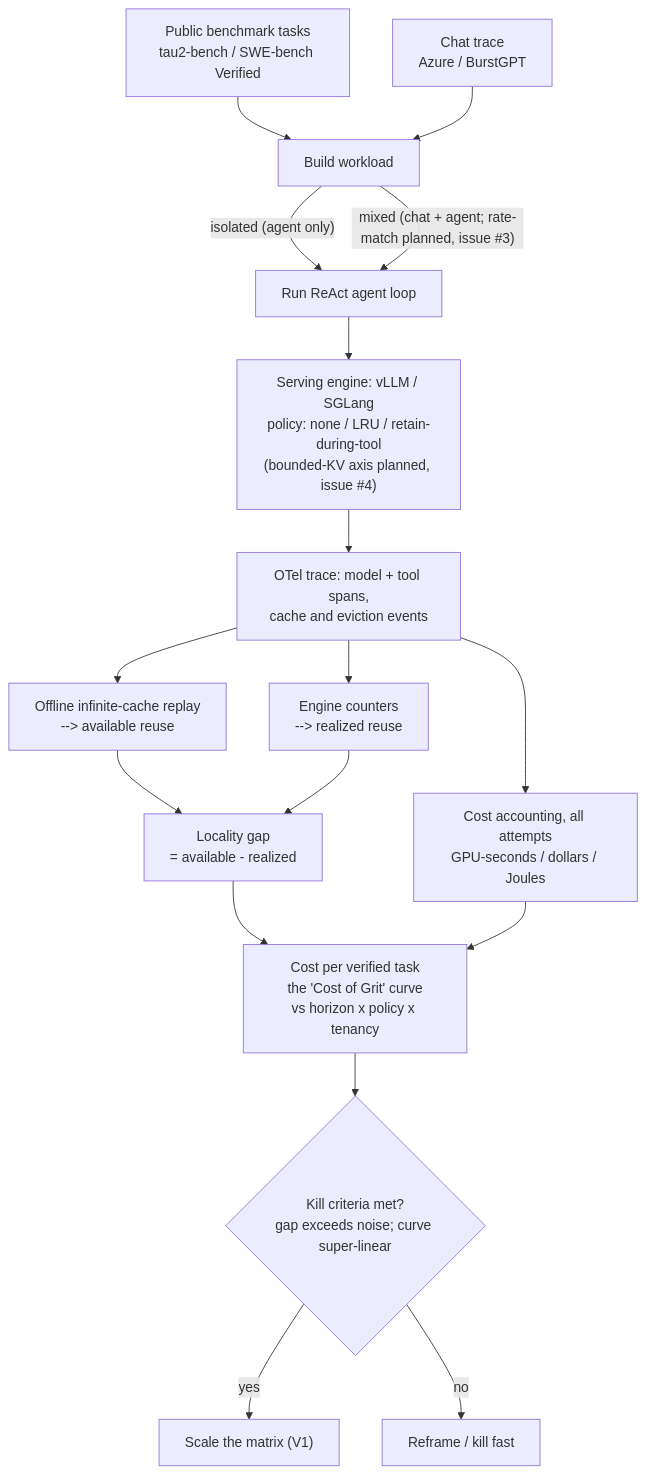
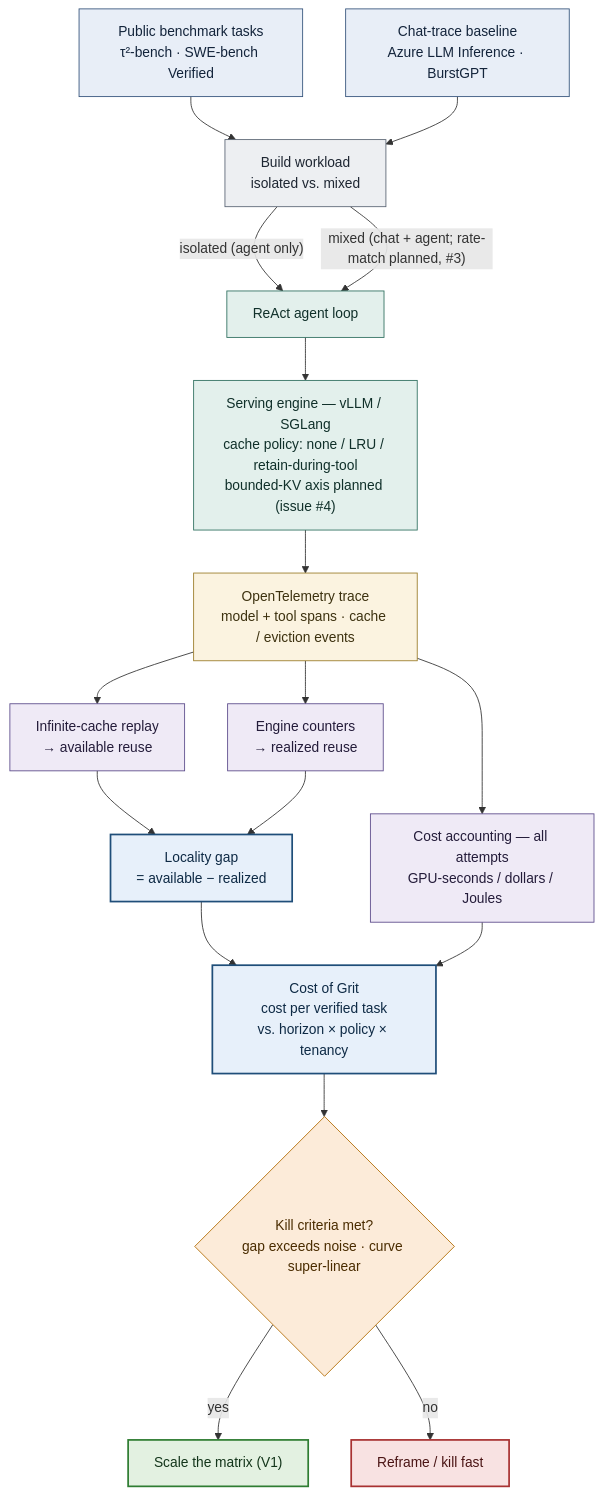
Before and after one commit to ms-d-kim/agentic-inference-paper: the diagram in README.md, drawn with Mermaid.

Commit message:
README: academic multi-color methodology flowchart (role-coded, legible)
Replace the single-color Mermaid diagram with a role-color-coded version (inputs / process /
serving / trace-data / measurement / results / decision / outcomes) using a muted academic palette
and a decision diamond; robust GitHub-mermaid syntax (nodes-first, color classDefs).

````diff
--- a/README.md
+++ b/README.md
@@ -141,19 +141,47 @@
 ```mermaid
 flowchart TD
-  A["Public benchmark tasks<br/>tau2-bench / SWE-bench Verified"] --> C["Build workload"]
-  B["Chat trace<br/>Azure / BurstGPT"] --> C
-  C -->|"isolated (agent only)"| D["Run ReAct agent loop"]
-  C -->|"mixed (chat + agent; rate-match planned, issue #3)"| D
-  D --> E["Serving engine: vLLM / SGLang<br/>policy: none / LRU / retain-during-tool<br/>(bounded-KV axis planned, issue #4)"]
-  E --> F["OTel trace: model + tool spans,<br/>cache and eviction events"]
-  F --> G["Offline infinite-cache replay<br/>--> available reuse"]
-  F --> H["Engine counters<br/>--> realized reuse"]
-  G --> I["Locality gap<br/>= available - realized"]
+  %% --- nodes (grouped by role) ---
+  A["Public benchmark tasks<br/>τ²-bench · SWE-bench Verified"]:::input
+  B["Chat-trace baseline<br/>Azure LLM Inference · BurstGPT"]:::input
+  C["Build workload<br/>isolated vs. mixed"]:::proc
+  D["ReAct agent loop"]:::serve
+  E["Serving engine — vLLM / SGLang<br/>cache policy: none / LRU / retain-during-tool<br/>bounded-KV axis planned (issue #4)"]:::serve
+  F["OpenTelemetry trace<br/>model + tool spans · cache / eviction events"]:::data
+  G["Infinite-cache replay<br/>→ available reuse"]:::measure
+  H["Engine counters<br/>→ realized reuse"]:::measure
+  J["Cost accounting — all attempts<br/>GPU-seconds / dollars / Joules"]:::measure
+  I["Locality gap<br/>= available − realized"]:::result
+  K["Cost of Grit<br/>cost per verified task<br/>vs. horizon × policy × tenancy"]:::result
+  L{"Kill criteria met?<br/>gap exceeds noise · curve super-linear"}:::decision
+  M["Scale the matrix (V1)"]:::good
+  N["Reframe / kill fast"]:::bad
+
+  %% --- flow ---
+  A --> C
+  B --> C
+  C -->|"isolated (agent only)"| D
+  C -->|"mixed (chat + agent; rate-match planned, #3)"| D
+  D --> E
+  E --> F
+  F --> G
+  F --> H
+  F --> J
+  G --> I
   H --> I
-  F --> J["Cost accounting, all attempts<br/>GPU-seconds / dollars / Joules"]
-  I --> K["Cost per verified task<br/>the 'Cost of Grit' curve<br/>vs horizon x policy x tenancy"]
+  I --> K
   J --> K
-  K --> L{"Kill criteria met?<br/>gap exceeds noise; curve super-linear"}
-  L -->|"yes"| M["Scale the matrix (V1)"]
-  L -->|"no"| N["Reframe / kill fast"]
+  K --> L
+  L -->|"yes"| M
+  L -->|"no"| N
+
+  %% --- academic palette (muted fills, darker strokes, dark text) ---
+  classDef input    fill:#E8EEF7,stroke:#33527A,stroke-width:1px,color:#13243B;
+  classDef proc     fill:#EDEFF2,stroke:#5A6473,stroke-width:1px,color:#1E2632;
+  classDef serve    fill:#E3F0EC,stroke:#2E6F5E,stroke-width:1px,color:#10302A;
+  classDef data     fill:#FBF3E0,stroke:#9A7B27,stroke-width:1px,color:#3D3210;
+  classDef measure  fill:#EFEAF6,stroke:#5B4A8A,stroke-width:1px,color:#241C3A;
+  classDef result   fill:#E7F0FA,stroke:#1F4E79,stroke-width:2px,color:#0E2A45;
+  classDef decision fill:#FCEBD9,stroke:#B26A00,stroke-width:1px,color:#4A2C00;
+  classDef good     fill:#E3F1E1,stroke:#2F7D32,stroke-width:2px,color:#13351A;
+  classDef bad      fill:#F8E2E2,stroke:#A83232,stroke-width:2px,color:#4A1414;
 ```
````
